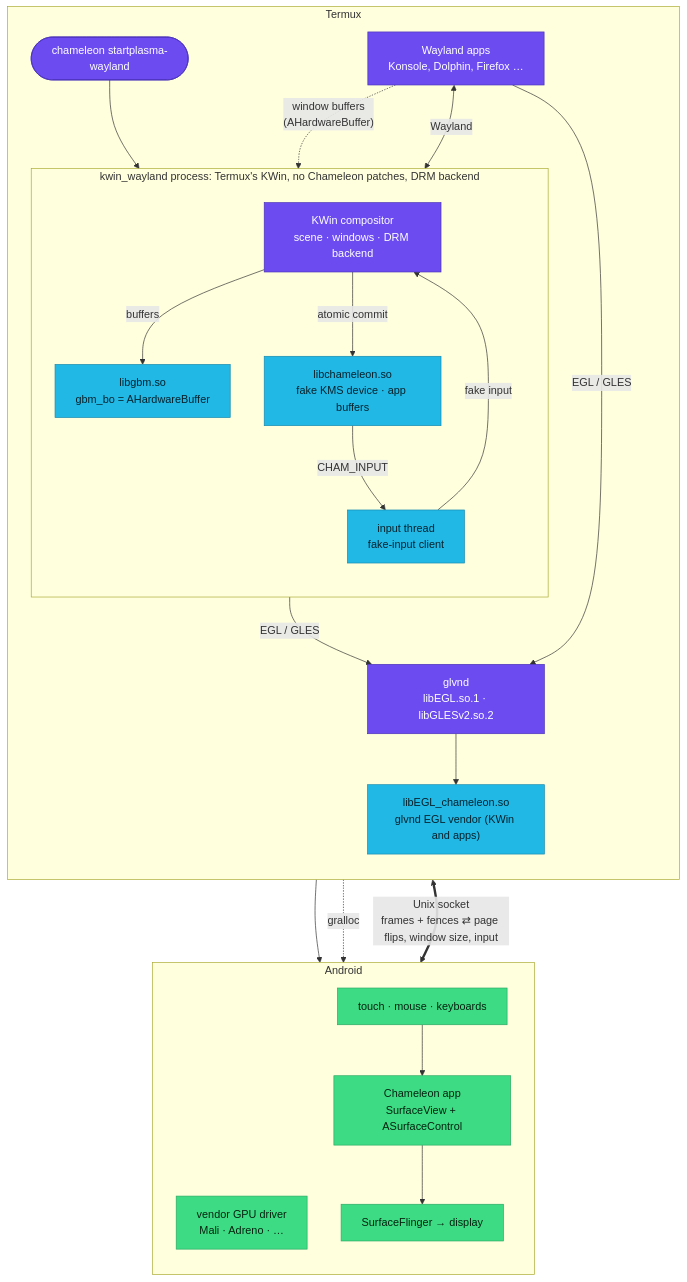
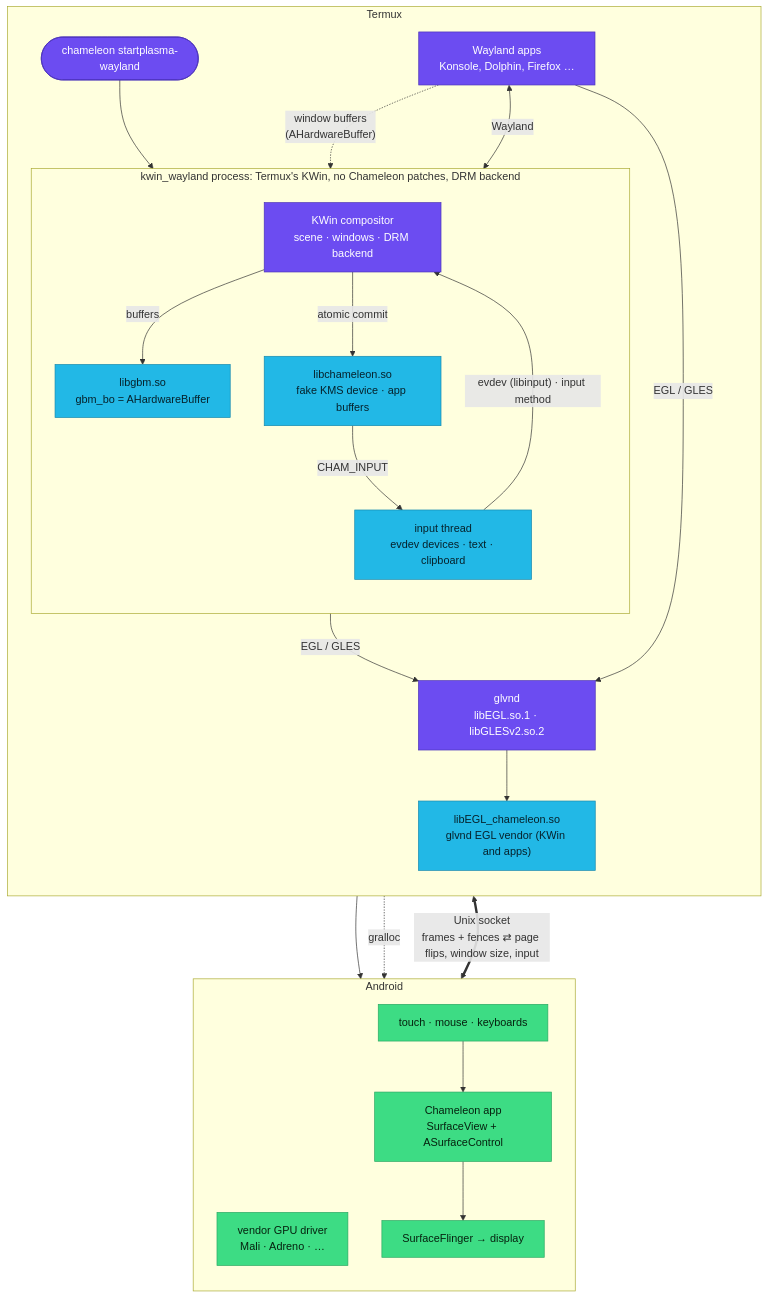
One commit to HarryL0L/Project-Chameleon changed the first of 4 diagrams in README.md. Above: the diagram before and after it, drawn with Mermaid. The commit also changed other lines of this file and 13 other files, not shown here.

First line of the commit message:
Remove the fake-input client

````diff
--- a/README.md
+++ b/README.md
@@ -44,46 +44,46 @@
 ```mermaid
 flowchart TB
     subgraph T["Termux"]
         direction TB
         CMD(["chameleon startplasma-wayland"])
         APPS["Wayland apps<br/>Konsole, Dolphin, Firefox …"]
         subgraph K["kwin_wayland process: Termux's KWin, no Chameleon patches, DRM backend"]
             direction TB
             CORE["KWin compositor<br/>scene · windows · DRM backend"]
             GBM["libgbm.so<br/>gbm_bo = AHardwareBuffer"]
             KMS["libchameleon.so<br/>fake KMS device · app buffers"]
-            INP["input thread<br/>fake-input client"]
+            INP["input thread<br/>evdev devices · text · clipboard"]
         end
         GLVND["glvnd<br/>libEGL.so.1 · libGLESv2.so.2"]
         VEND["libEGL_chameleon.so<br/>glvnd EGL vendor (KWin and apps)"]
     end
 
     subgraph A["Android"]
         direction TB
         DRV["vendor GPU driver<br/>Mali · Adreno · …"]
         APP["Chameleon app<br/>SurfaceView + ASurfaceControl"]
         SF["SurfaceFlinger → display"]
         TOUCH["touch · mouse · keyboards"]
     end
 
     CMD --> CORE
     APPS <-->|Wayland| CORE
     APPS -->|EGL / GLES| GLVND
     APPS -.->|"window buffers<br/>(AHardwareBuffer)"| KMS
     CORE -->|EGL / GLES| GLVND --> VEND --> DRV
     CORE -->|buffers| GBM
     GBM -.->|gralloc| DRV
     CORE -->|atomic commit| KMS
     KMS <==>|"Unix socket<br/>frames + fences ⇄ page flips, window size, input"| APP
     APP --> SF
     TOUCH --> APP
     KMS -->|CHAM_INPUT| INP
-    INP -->|fake input| CORE
+    INP -->|"evdev (libinput) · input method"| CORE
 
     classDef kwin fill:#6C4CF1,stroke:#4b32b8,color:#fff
     classDef shim fill:#22B8E6,stroke:#1789ad,color:#06222c
     classDef android fill:#3DDC84,stroke:#2aa862,color:#06220f
     class KMS,GBM,VEND,INP shim
     class CORE,GLVND,APPS,CMD kwin
     class DRV,APP,SF,TOUCH android
 ```
````
